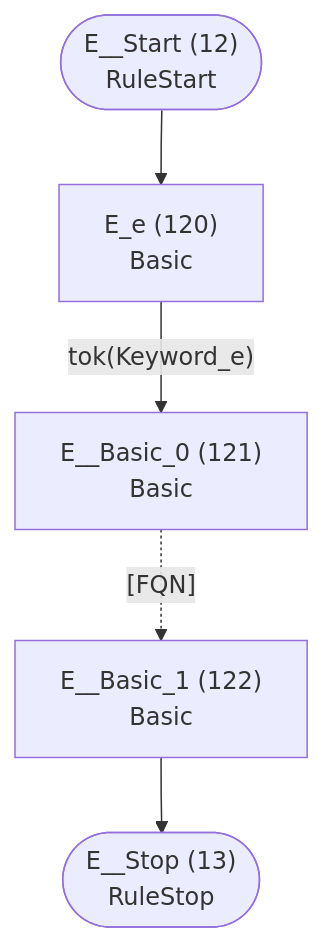
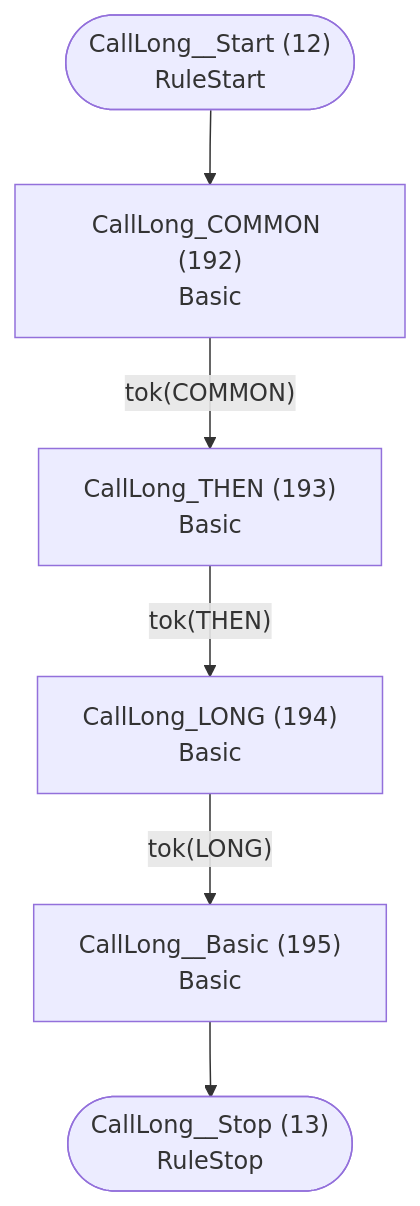
The seventh of 46 diagrams in internal/languages/completion/atn.md (TypeFox/fastbelt), drawn with Mermaid before and after one commit. The commit also changed other lines of this file and 58 other files, not shown here.

````diff
--- a/internal/languages/completion/atn.md
+++ b/internal/languages/completion/atn.md
@@ -234,13 +299,15 @@
 ```mermaid
 flowchart TD
-    q12(["E__Start (12)<br/>RuleStart"])
-    q13(["E__Stop (13)<br/>RuleStop"])
-    q120["E_e (120)<br/>Basic<br/>"]
-    q121["E__Basic_0 (121)<br/>Basic<br/>"]
-    q122["E__Basic_1 (122)<br/>Basic<br/>"]
+    q12(["CallLong__Start (12)<br/>RuleStart"])
+    q13(["CallLong__Stop (13)<br/>RuleStop"])
+    q192["CallLong_COMMON (192)<br/>Basic<br/>"]
+    q193["CallLong_THEN (193)<br/>Basic<br/>"]
+    q194["CallLong_LONG (194)<br/>Basic<br/>"]
+    q195["CallLong__Basic (195)<br/>Basic<br/>"]
 
-    q12 --> q120
-    q120 -->|"tok(Keyword_e)"| q121
-    q121 -.->|"[FQN]"| q122
-    q122 --> q13
+    q12 --> q192
+    q192 -->|"tok(COMMON)"| q193
+    q193 -->|"tok(THEN)"| q194
+    q194 -->|"tok(LONG)"| q195
+    q195 --> q13
 ```
````
